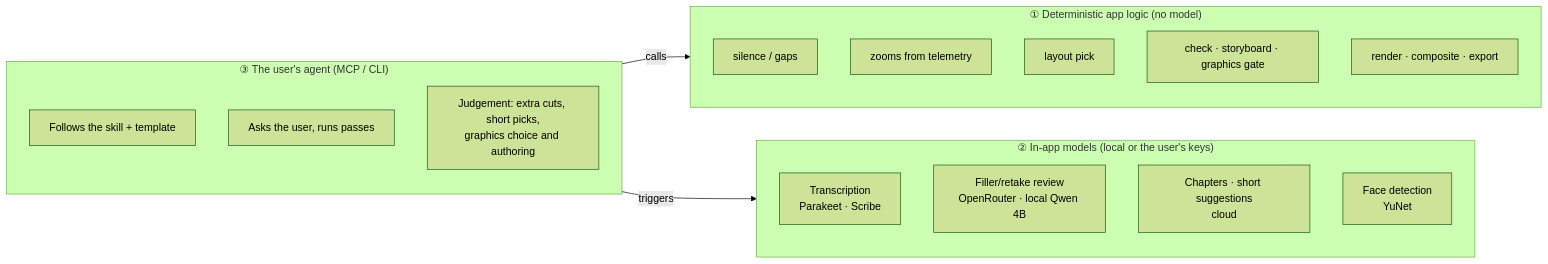
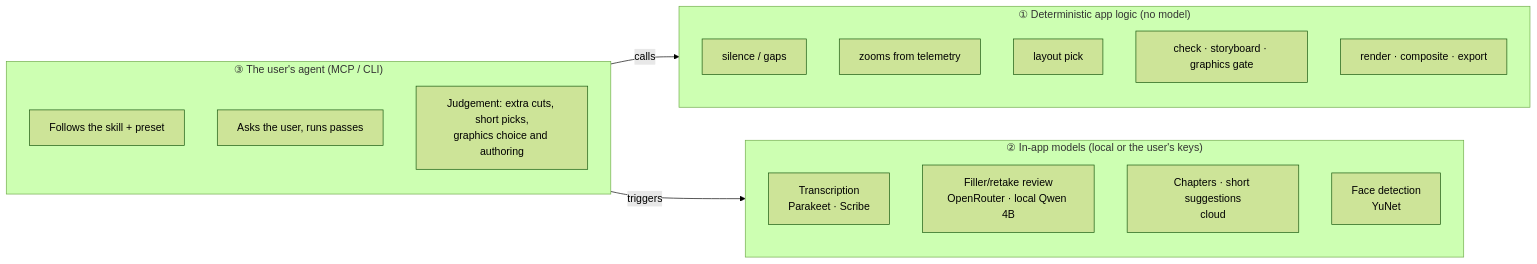
Before and after one commit to CreaperLost/Automated-Editor: the diagram in docs/product.md, drawn with Mermaid (forest theme). The commit also changed other lines of this file and 43 other files, not shown here.

````diff
--- a/docs/product.md
+++ b/docs/product.md
@@ -87,23 +90,23 @@
 ```mermaid
 flowchart LR
     subgraph A["① Deterministic app logic (no model)"]
       A1[silence / gaps]
       A2[zooms from telemetry]
       A3[layout pick]
       A4[check · storyboard · graphics gate]
       A5[render · composite · export]
     end
     subgraph B["② In-app models (local or the user's keys)"]
       B1[Transcription<br/>Parakeet · Scribe]
       B3[Filler/retake review<br/>OpenRouter · local Qwen 4B]
       B4[Chapters · short suggestions<br/>cloud]
       B5[Face detection<br/>YuNet]
     end
     subgraph C["③ The user's agent (MCP / CLI)"]
-      C1[Follows the skill + template]
+      C1[Follows the skill + preset]
       C2[Asks the user, runs passes]
       C3[Judgement: extra cuts, short picks,<br/>graphics choice and authoring]
     end
     C -->|calls| A
     C -->|triggers| B
 ```
````
